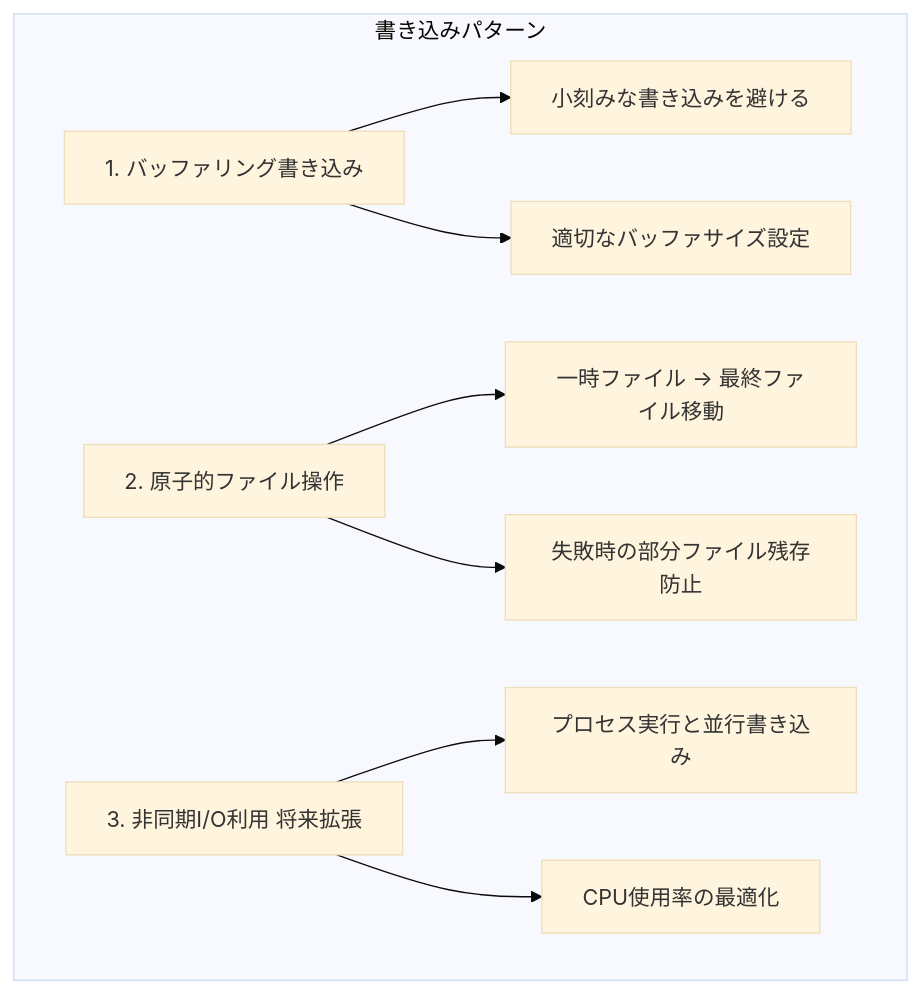
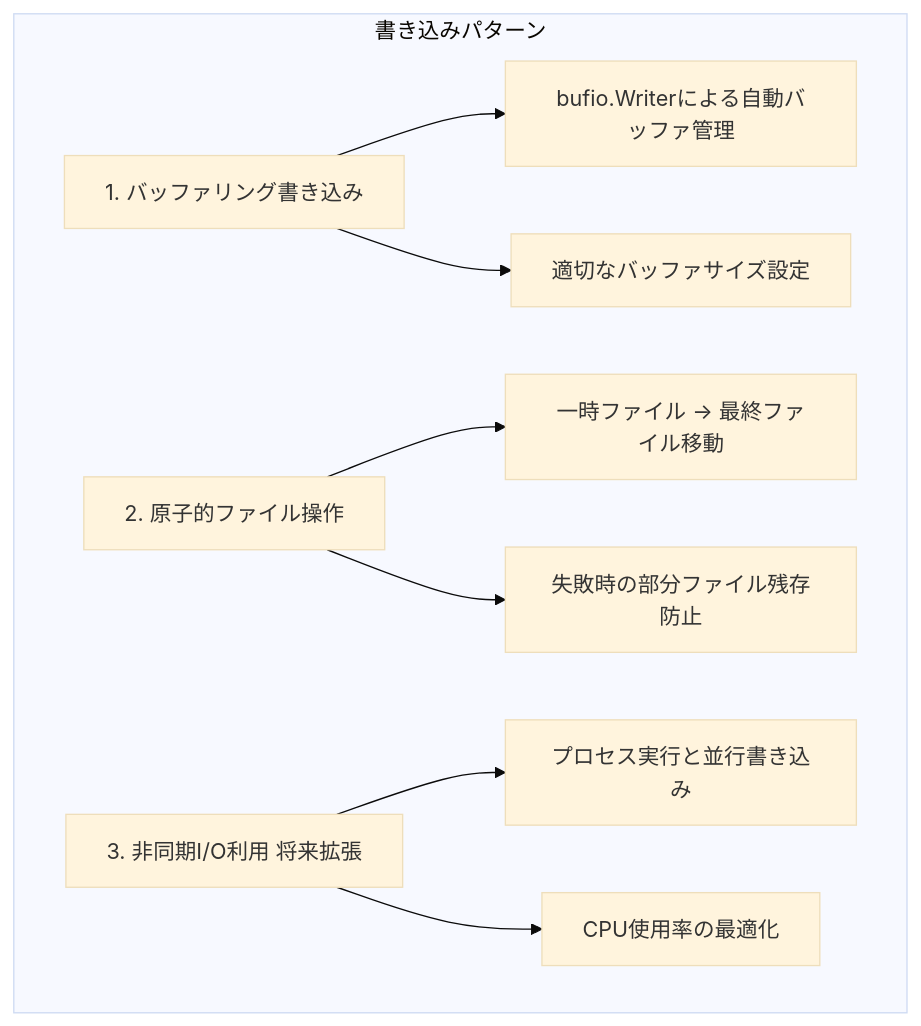
One commit to isseis/go-safe-cmd-runner changed the eighth of 11 diagrams in docs/tasks/0025_command_output/02_architecture.md. Above: the diagram before and after it, drawn with Mermaid (base theme). The commit also changed other lines of this file and 1 other file, not shown here.

````diff
--- a/docs/tasks/0025_command_output/02_architecture.md
+++ b/docs/tasks/0025_command_output/02_architecture.md
@@ -337,16 +336,16 @@
 ```mermaid
 graph TB
     subgraph "書き込みパターン"
         A[1. バッファリング書き込み]
-        A --> A1[小刻みな書き込みを避ける]
+        A --> A1[bufio.Writerによる自動バッファ管理]
         A --> A2[適切なバッファサイズ設定]
 
         B[2. 原子的ファイル操作]
         B --> B1[一時ファイル → 最終ファイル移動]
         B --> B2[失敗時の部分ファイル残存防止]
 
         C[3. 非同期I/O利用 将来拡張]
         C --> C1[プロセス実行と並行書き込み]
         C --> C2[CPU使用率の最適化]
     end
 ```
````
